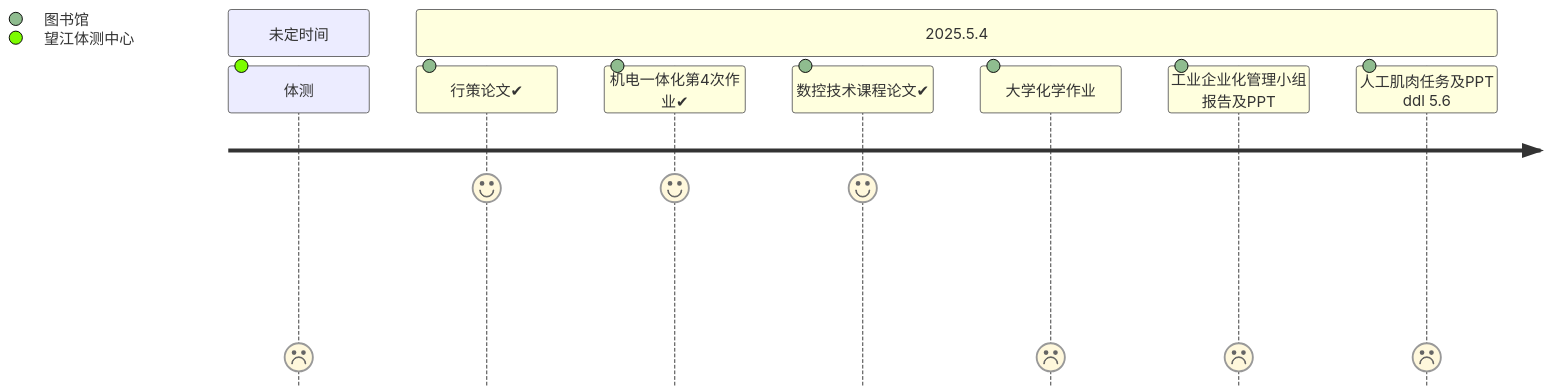
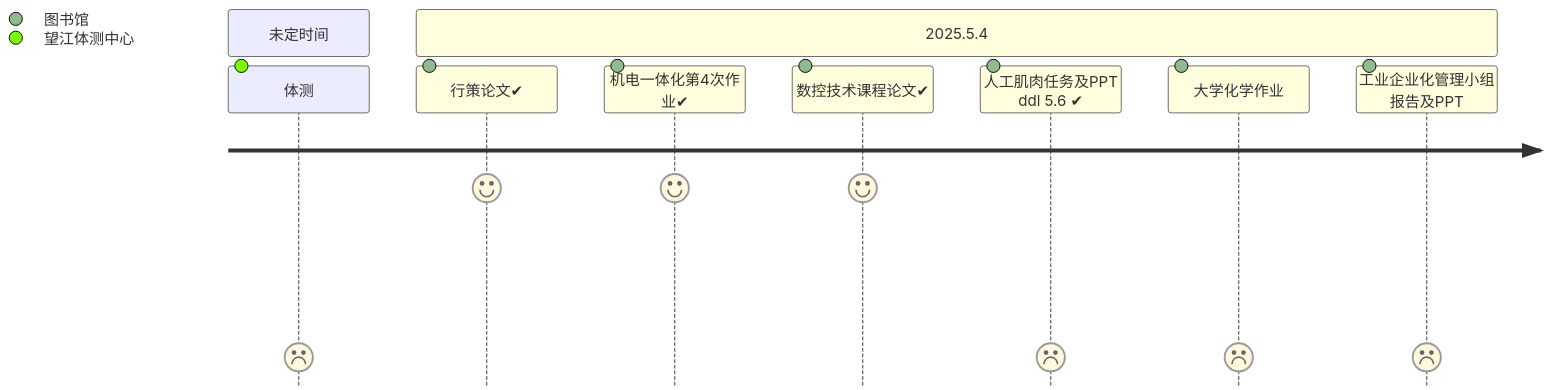
The first of 2 diagrams in 日记/2025-05-07.md (Sophomoresty/obsidian-notes), drawn with Mermaid before and after one commit. The commit also changed other lines of this file, not shown here.

````diff
--- a/日记/2025-05-07.md
+++ b/日记/2025-05-07.md
@@ -44,13 +44,13 @@
 ```mermaid
 journey
 	section 未定时间
       体测:1:望江体测中心
 
     section 2025.5.4
 		行策论文✔:7: 图书馆
 	    机电一体化第4次作业✔:7:图书馆
 		数控技术课程论文✔:7:图书馆
+		人工肌肉任务及PPT ddl 5.6 ✔:1:图书馆
 		大学化学作业:1:图书馆
 		工业企业化管理小组报告及PPT: 1: 图书馆
-		人工肌肉任务及PPT ddl 5.6:1:图书馆
 ```
````
